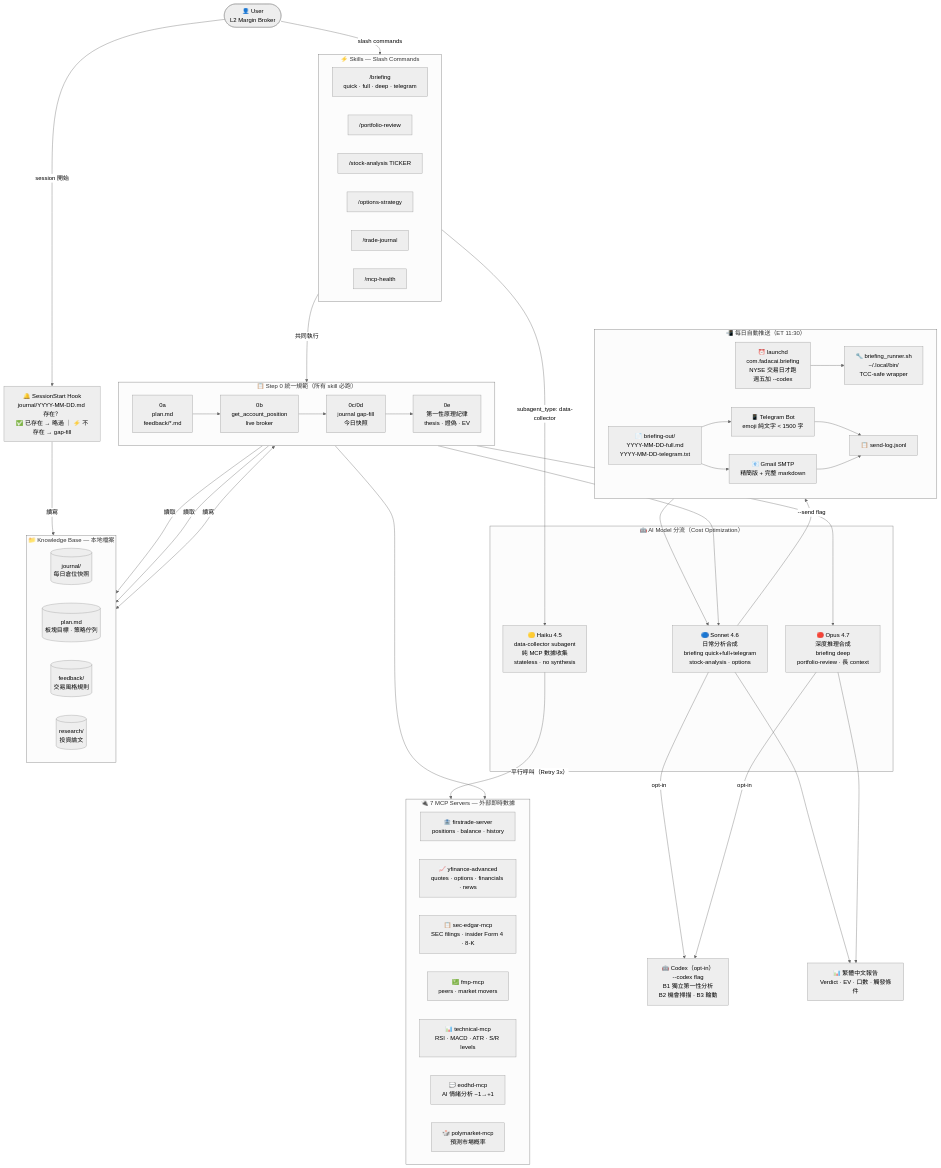
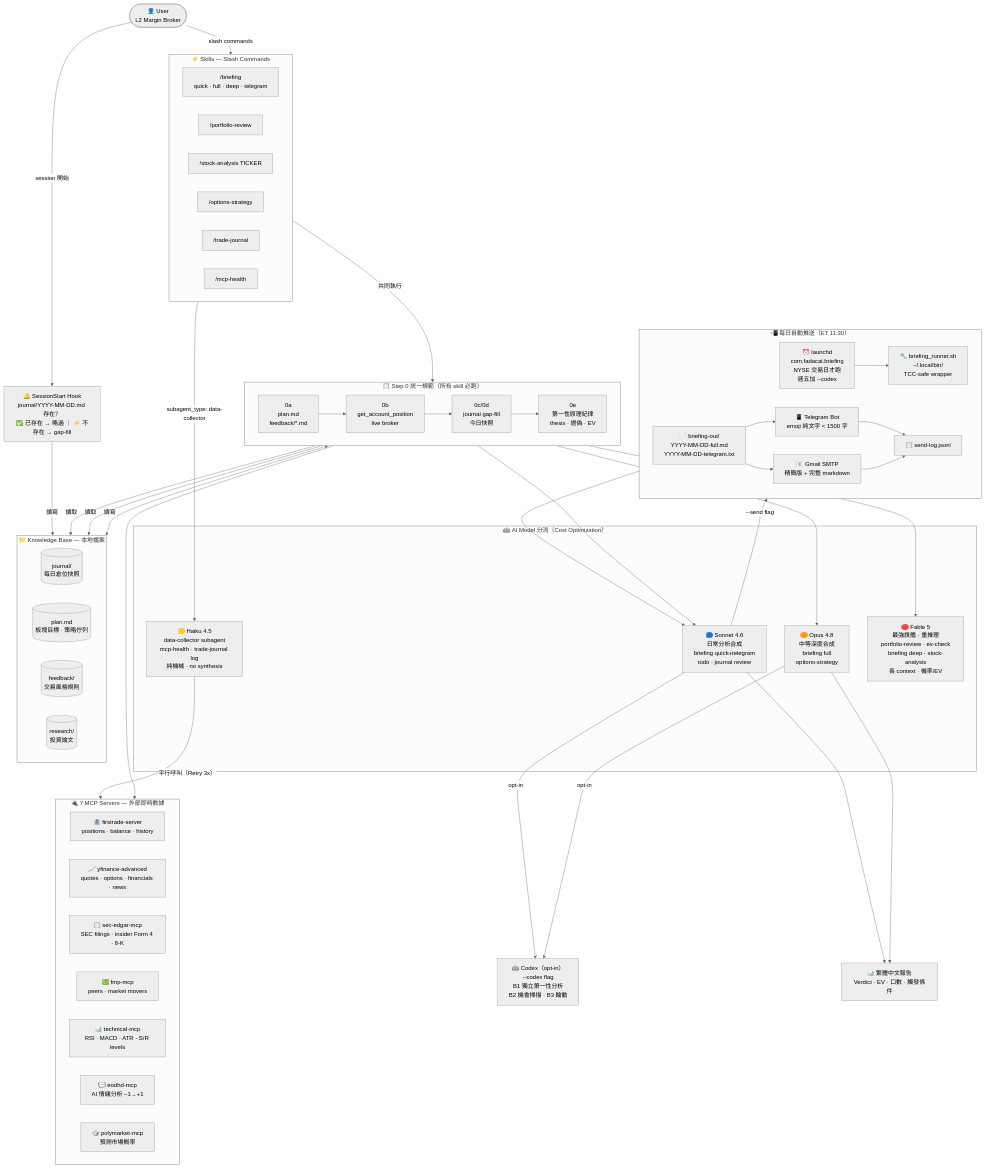
The diagram in README.md (stanleytengg/alpha-desk), drawn with Mermaid (neutral theme) before and after one commit. The commit also changed 18 other files, not shown here.

First line of the commit message:
chore(models): Fable 5 設為旗艦取代 Opus 4.8，重排各 skill 模型分工

```diff
--- a/README.md
+++ b/README.md
@@ -43,12 +43,13 @@
     end
 
     subgraph Models ["🤖 AI Model 分流（Cost Optimization）"]
-        HAIKU["🟡 Haiku 4.5<br/>data-collector subagent<br/>純 MCP 數據收集<br/>stateless · no synthesis"]
-        SONNET["🔵 Sonnet 4.6<br/>日常分析合成<br/>briefing quick+full+telegram<br/>stock-analysis · options"]
-        OPUS["🔴 Opus 4.7<br/>深度推理合成<br/>briefing deep<br/>portfolio-review · 長 context"]
+        HAIKU["🟡 Haiku 4.5<br/>data-collector subagent<br/>mcp-health · trade-journal log<br/>純機械 · no synthesis"]
+        SONNET["🔵 Sonnet 4.6<br/>日常分析合成<br/>briefing quick+telegram<br/>todo · journal review"]
+        OPUS["🟠 Opus 4.8<br/>中等深度合成<br/>briefing full<br/>options-strategy"]
+        FABLE["🔴 Fable 5<br/>最強旗艦 · 重推理<br/>portfolio-review · ev-check<br/>briefing deep · stock-analysis<br/>長 context · 機率/EV"]
     end
 
-    s0e --> SONNET & OPUS
+    s0e --> SONNET & OPUS & FABLE
     Skills -->|"subagent_type: data-collector"| HAIKU
 
     subgraph MCP ["🔌 7 MCP Servers — 外部即時數據"]
```
